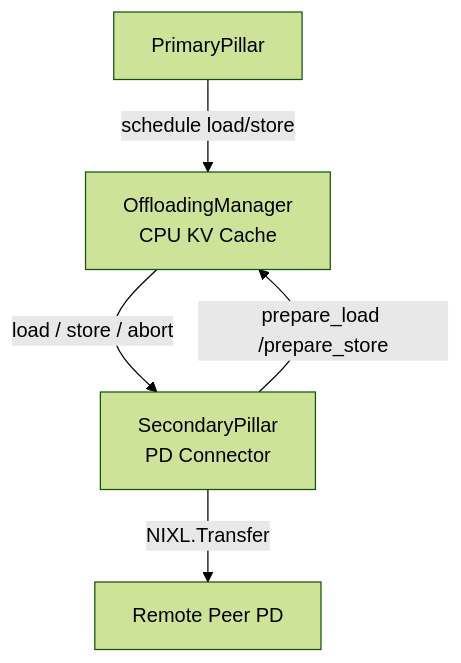
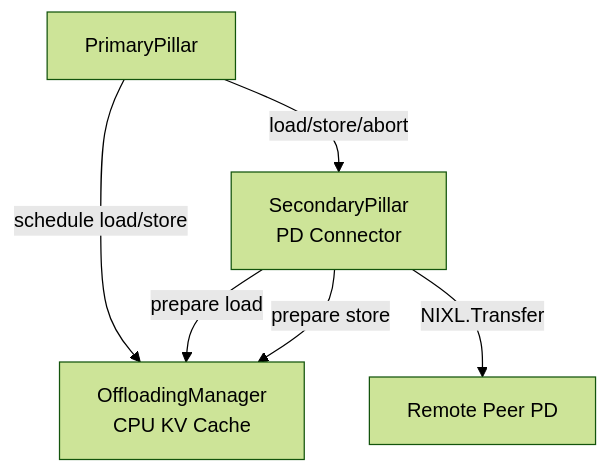
The first of 2 diagrams in pd-connector/docs/PD-Connector.md (liranschour/my-utils), drawn with Mermaid (forest theme) before and after one commit.

````diff
--- a/pd-connector/docs/PD-Connector.md
+++ b/pd-connector/docs/PD-Connector.md
@@ -45,7 +45,8 @@
 ```mermaid
 graph TD
-    PP[PrimaryPillar] -->|schedule load/store| OM[OffloadingManager\nCPU KV Cache]
-    OM -->|load / store / abort| SP[SecondaryPillar\nPD Connector]
-    SP -->|prepare_load /prepare_store| OM
+    PP[PrimaryPillar] -->|schedule load/store| OM["OffloadingManager<br/>CPU KV Cache"]
+    PP -->|load/store/abort| SP["SecondaryPillar<br/>PD Connector"]
+    SP -->|prepare load| OM
+    SP -->|prepare store| OM
     SP -->|NIXL.Transfer| Remote[Remote Peer PD]
 ```
````
